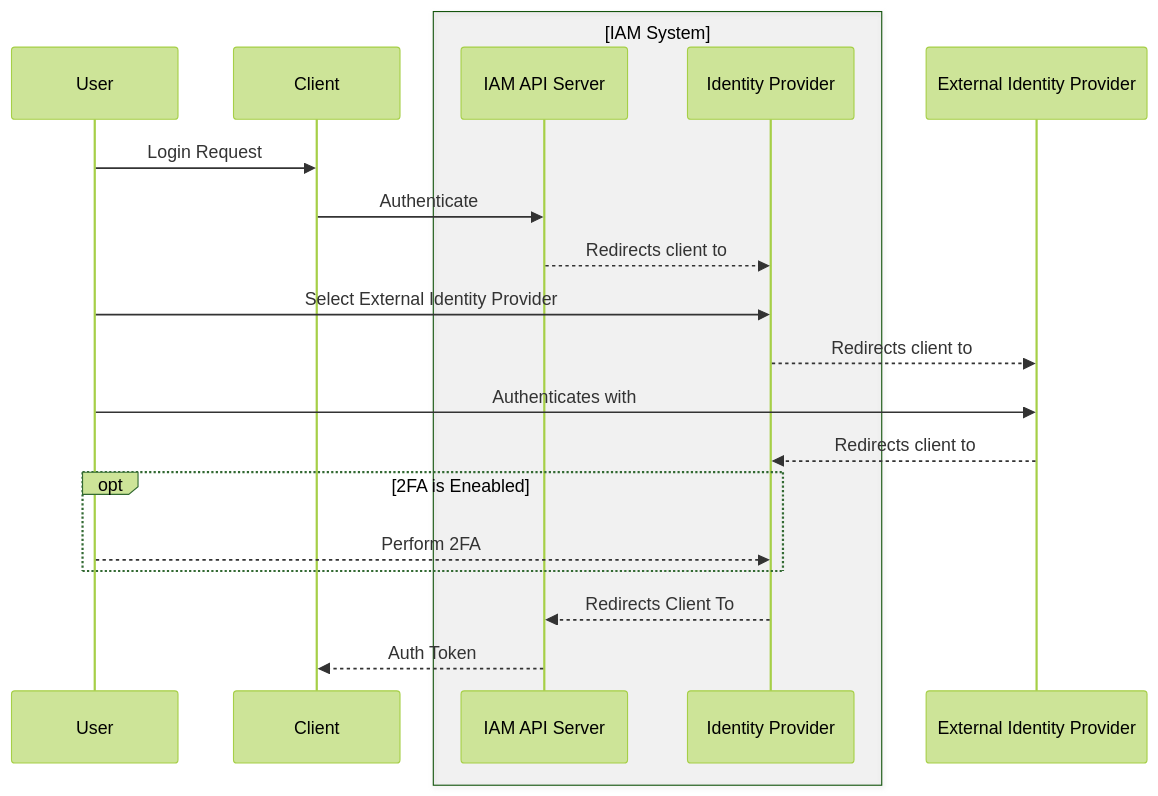
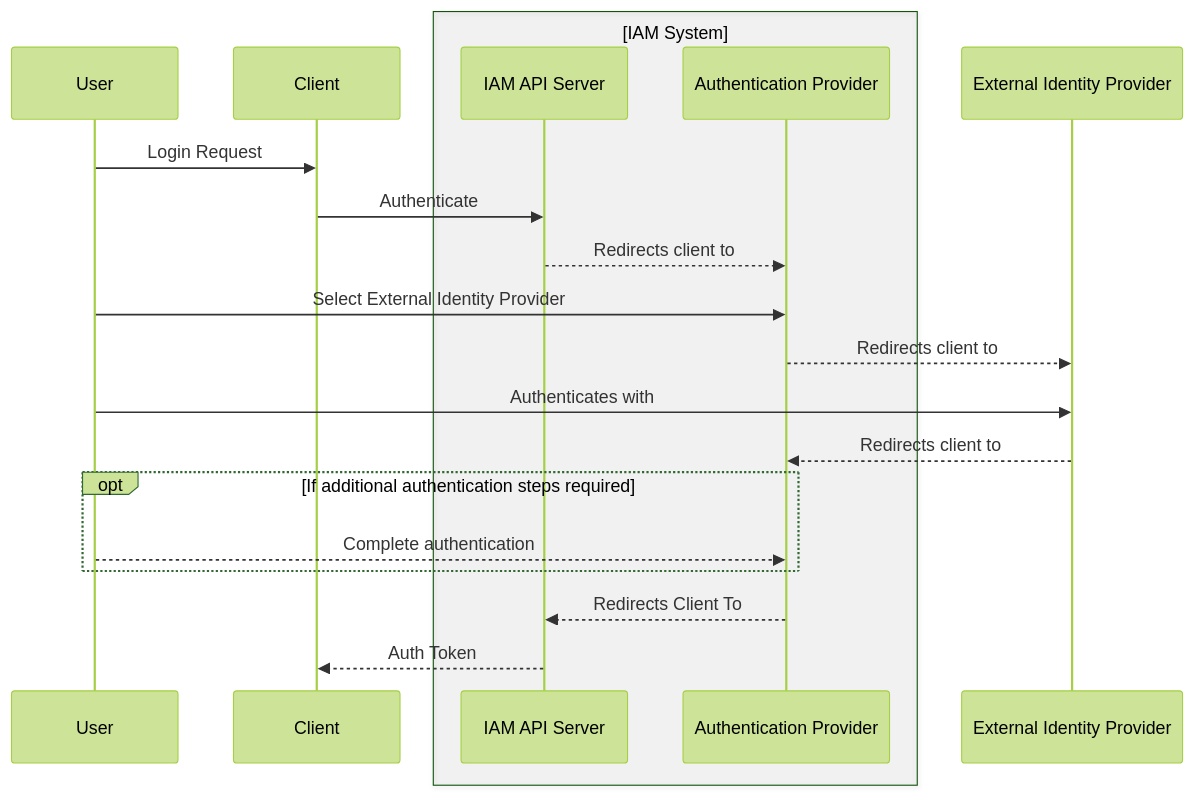
Before and after one commit to datum-cloud/enhancements: the fourth of 9 diagrams in enhancements/business-os/identity-and-access-management/authentication/README.md, drawn with Mermaid (forest theme). The commit also changed other lines of this file, not shown here.

Commit message:
feat: add user management flow

````diff
--- a/enhancements/business-os/identity-and-access-management/authentication/README.md
+++ b/enhancements/business-os/identity-and-access-management/authentication/README.md
@@ -410,23 +410,23 @@
 ```mermaid
 sequenceDiagram
   participant User
   participant Client as Client
   box rgba(93, 93, 93, 0.07) [IAM System]
   participant IAM as IAM API Server
-  participant IdP as Identity Provider
+  participant IdP as Authentication Provider
   end
   participant EIdP as External Identity Provider
 
   User->>Client: Login Request
   Client->>IAM: Authenticate
   IAM-->>IdP: Redirects client to
   User->>IdP: Select External Identity Provider
   IdP-->>EIdP: Redirects client to
   User->>EIdP: Authenticates with
   EIdP-->>IdP: Redirects client to
-  opt 2FA is Eneabled
-  User-->>IdP: Perform 2FA
+  opt If additional authentication steps required
+  User-->>IdP: Complete authentication
   end
   IdP-->>IAM: Redirects Client To
   IAM-->>Client: Auth Token
 ```
````
